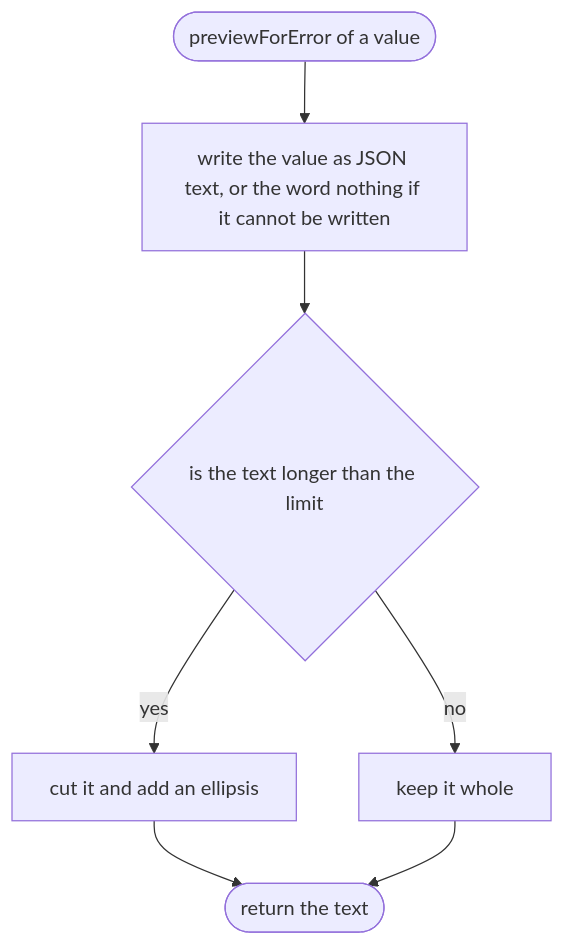
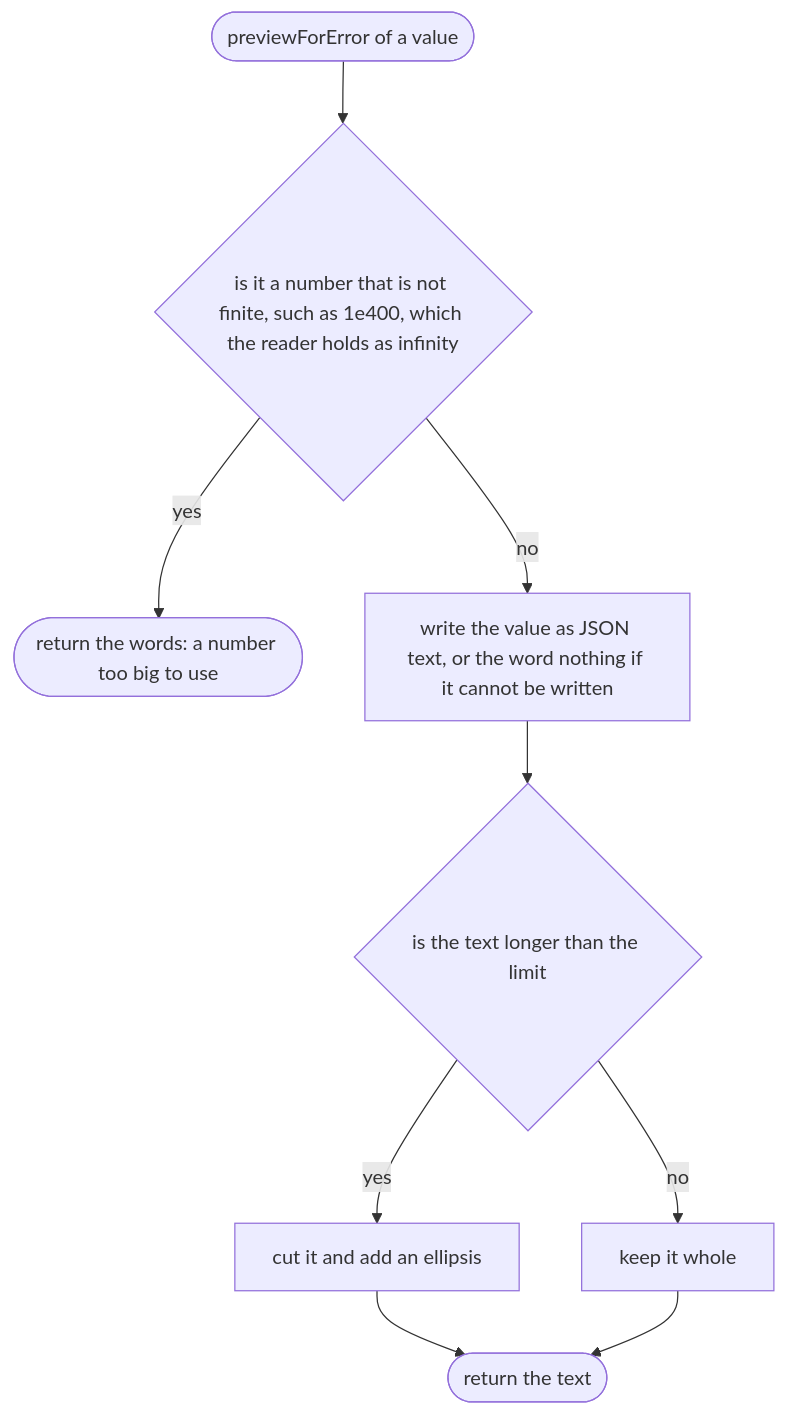
The first of 38 diagrams in docs/designs/src/place/parse.md (NewDara-Star/world-engine), drawn with Mermaid before and after one commit. The commit also changed other lines of this file and 10 other files, not shown here.

````diff
--- a/docs/designs/src/place/parse.md
+++ b/docs/designs/src/place/parse.md
@@ -20,15 +20,19 @@
 ```mermaid
 flowchart TD
   s(["previewForError of a value"])
+  n{"is it a number that is not finite, such as 1e400, which the reader holds as infinity"}
+  m(["return the words: a number too big to use"])
   a["write the value as JSON text, or the word nothing if it cannot be written"]
   b{"is the text longer than the limit"}
   c["cut it and add an ellipsis"]
   d["keep it whole"]
   e(["return the text"])
-  s --> a
+  s --> n
+  n -->|"yes"| m
+  n -->|"no"| a
   a --> b
   b -->|"yes"| c
   b -->|"no"| d
   c --> e
   d --> e
 ```
````
